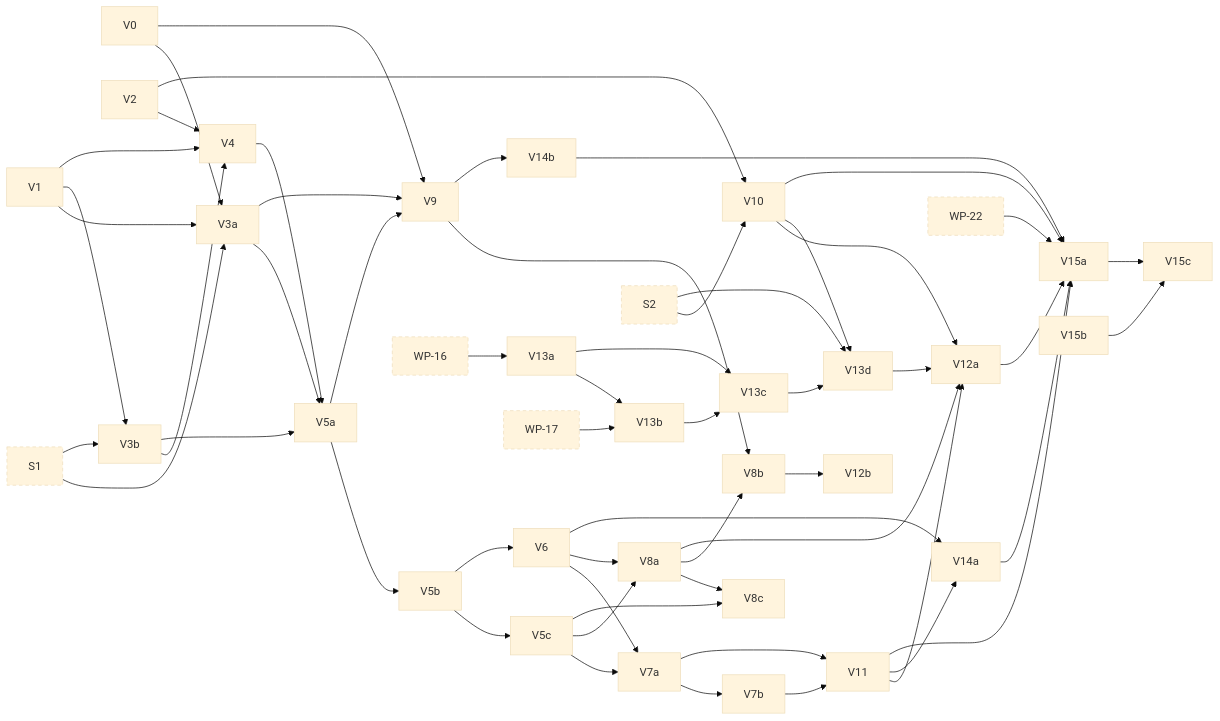
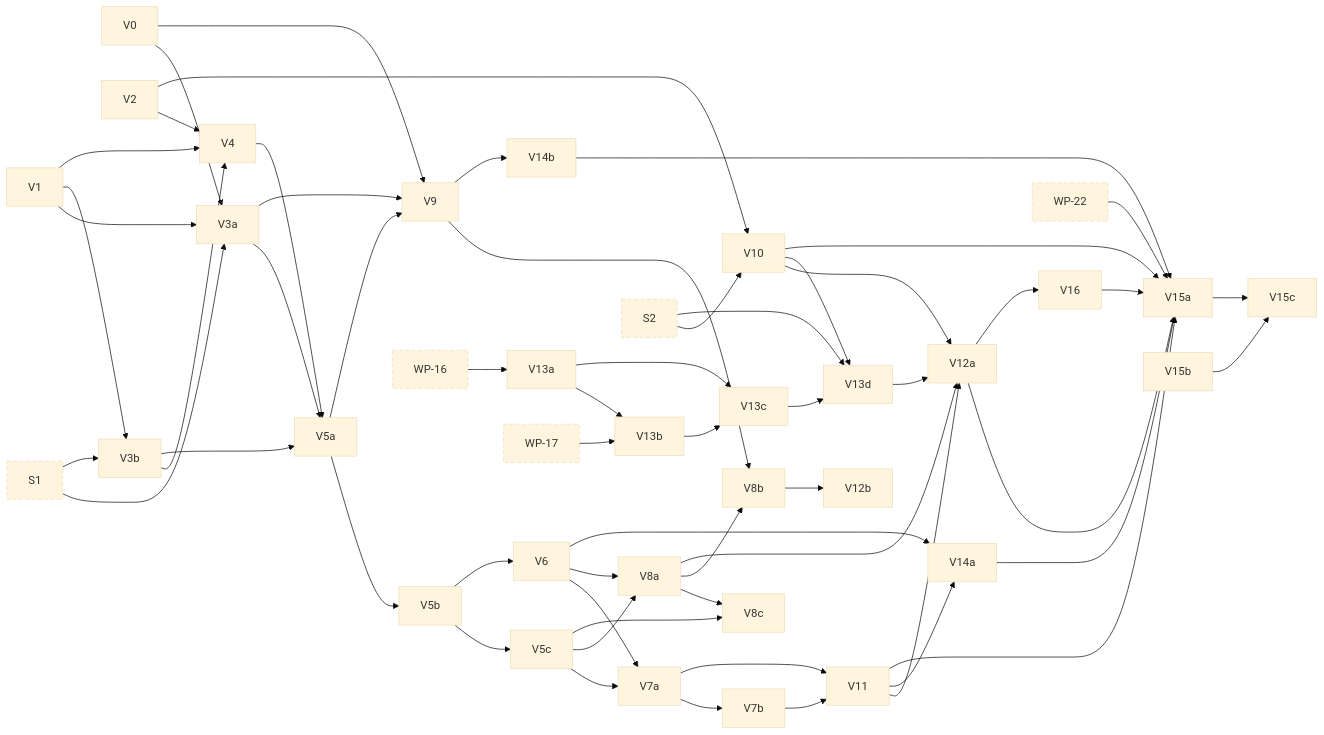
One commit to jhoblitt/rgw-go changed the fourth of 11 diagrams in docs/superpowers/plans/2026-10-13-phase-2/dependencies.md. Above: the diagram before and after it, drawn with Mermaid (base theme). The commit also changed other lines of this file and 2 other files, not shown here.

Commit message:
docs(plan): add task V16, concurrent DeleteObjects of one key
V15a's recording found that rgw-go answers a per-key InternalError
when five DeleteObjects requests remove the same versions at once,
which radosgw serves without error on both releases, and that
concurrent versioned writes of one key meet 500s that botocore's
retries hid. V16 fixes both before V15a's recording merges, since
its parity check fails on the first.

```diff
--- a/docs/superpowers/plans/2026-10-13-phase-2/dependencies.md
+++ b/docs/superpowers/plans/2026-10-13-phase-2/dependencies.md
@@ -222,6 +222,7 @@
   t_V15a["V15a"]
   t_V15b["V15b"]
   t_V15c["V15c"]
+  t_V16["V16"]
   t_S1["S1"]:::ext
   t_S2["S2"]:::ext
   t_WP_16["WP-16"]:::ext
@@ -278,9 +279,11 @@
   t_V12a --> t_V15a
   t_V14a --> t_V15a
   t_V14b --> t_V15a
+  t_V16 --> t_V15a
   t_WP_22 --> t_V15a
   t_V15a --> t_V15c
   t_V15b --> t_V15c
+  t_V12a --> t_V16
   click t_V0 href "https://github.com/jhoblitt/rgw-go/blob/main/docs/superpowers/plans/2026-10-13-phase-2/V-versioning.md#task-v0-a-failed-class-call-keeps-its-output" "V0: a failed class call keeps its output"
   click t_V1 href "https://github.com/jhoblitt/rgw-go/blob/main/docs/superpowers/plans/2026-10-13-phase-2/V-versioning.md#task-v1-clsrgw-olh-methods-bi_get-and-the-index-key-encoders" "V1: cls/rgw OLH methods, `bi_get` and the index key encoders"
   click t_V2 href "https://github.com/jhoblitt/rgw-go/blob/main/docs/superpowers/plans/2026-10-13-phase-2/V-versioning.md#task-v2-meta-olh-head-types-and-bucket-helpers" "V2: meta OLH head types and bucket helpers"
@@ -310,6 +313,7 @@
   click t_V15a href "https://github.com/jhoblitt/rgw-go/blob/main/docs/superpowers/plans/2026-10-13-phase-2/V-versioning.md#task-v15a-recording-the-versioning-s3-tests" "V15a: recording, the versioning s3-tests"
   click t_V15b href "https://github.com/jhoblitt/rgw-go/blob/main/docs/superpowers/plans/2026-10-13-phase-2/V-versioning.md#task-v15b-the-cross-gateway-cases" "V15b: the cross-gateway cases"
   click t_V15c href "https://github.com/jhoblitt/rgw-go/blob/main/docs/superpowers/plans/2026-10-13-phase-2/V-versioning.md#task-v15c-the-registry-after-the-gate" "V15c: the registry after the gate"
+  click t_V16 href "https://github.com/jhoblitt/rgw-go/blob/main/docs/superpowers/plans/2026-10-13-phase-2/V-versioning.md#task-v16-concurrent-deleteobjects-and-writes-of-one-key" "V16: concurrent DeleteObjects and writes of one key"
   click t_S1 href "https://github.com/jhoblitt/rgw-go/blob/main/docs/superpowers/plans/2026-10-13-phase-2/00-index.md#task-s1-fakeradoss-rgw-class-as-method-tables" "S1: fakerados's rgw class as method tables"
   click t_S2 href "https://github.com/jhoblitt/rgw-go/blob/main/docs/superpowers/plans/2026-10-13-phase-2/00-index.md#task-s2-route-sets-per-feature-and-the-env-slots" "S2: route sets per feature and the Env slots"
   click t_WP_16 href "https://github.com/jhoblitt/rgw-go/blob/main/docs/superpowers/plans/2026-10-13-phase-2/WP-write-path.md#task-wp-16-the-otp-class-client" "WP-16: the otp class client"
```
